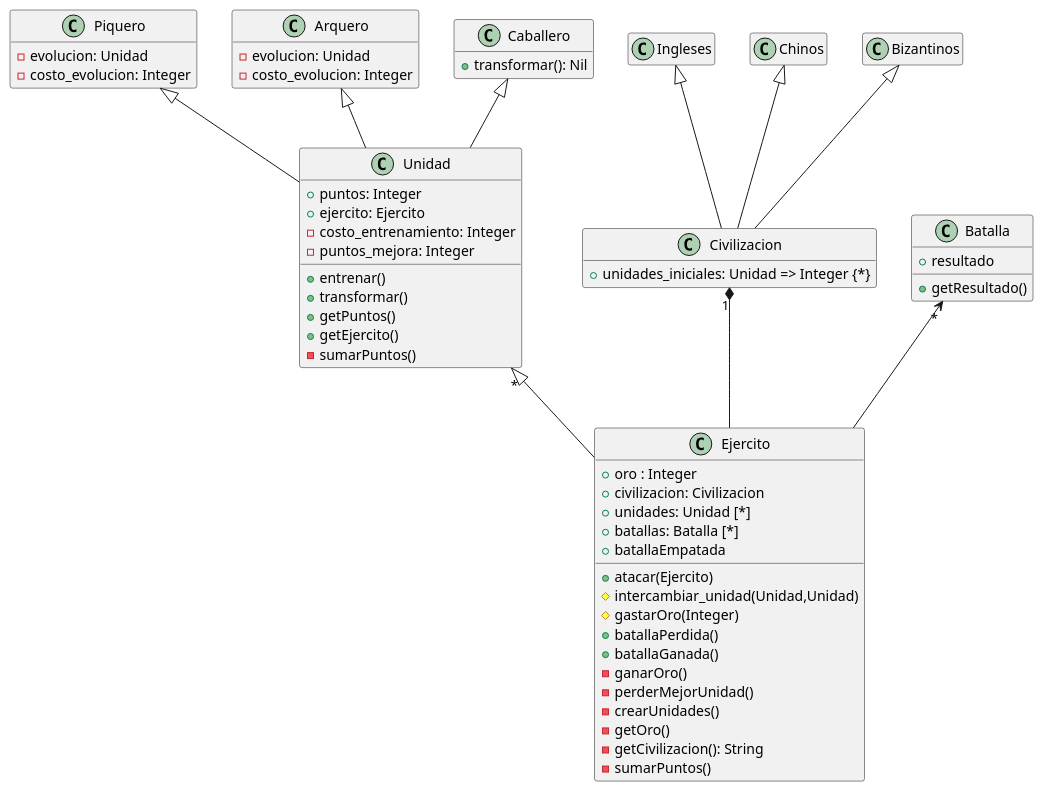
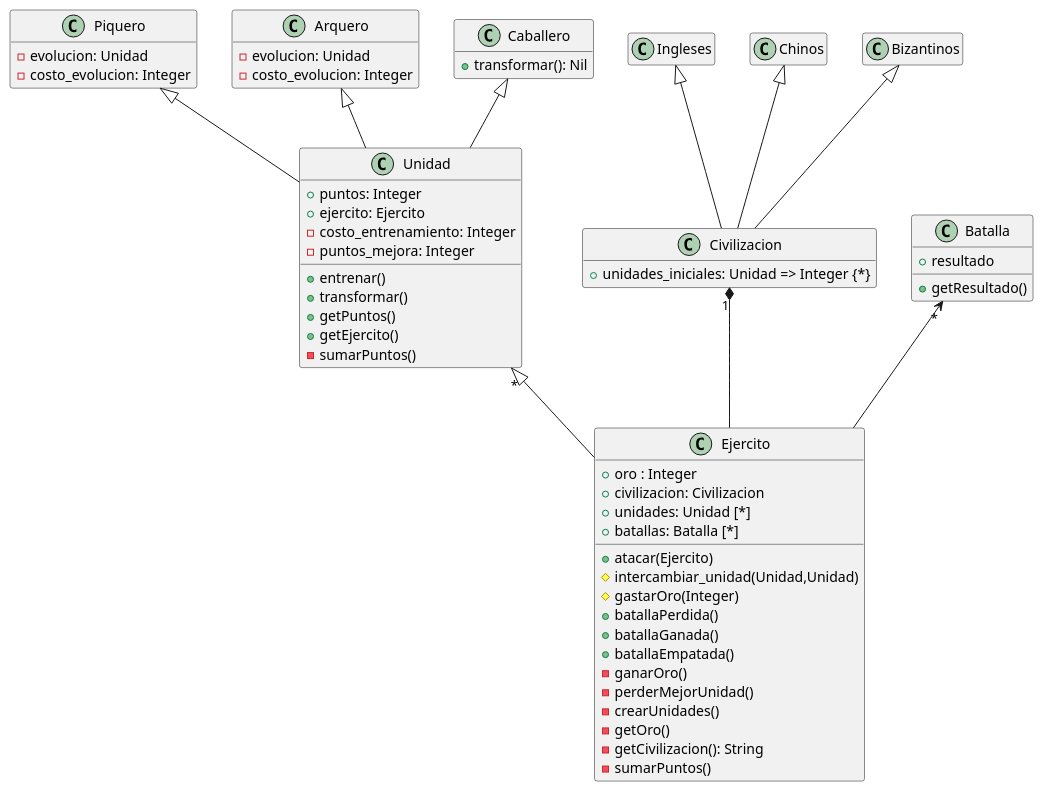
Before and after one commit to juanmamaffei/ejercitos: the diagram in diag/clases.md, drawn with PlantUML. The commit also changed 6 other files, not shown here.

`````diff
--- a/diag/clases.md
+++ b/diag/clases.md
@@ -2,72 +2,72 @@
 ````plantuml
   @startuml
     class Ejercito {
       + oro : Integer
       + civilizacion: Civilizacion
       + unidades: Unidad [*]
       + batallas: Batalla [*]
       + atacar(Ejercito)
       # intercambiar_unidad(Unidad,Unidad)
       # gastarOro(Integer)
       + batallaPerdida()
       + batallaGanada()
-      + batallaEmpatada
+      + batallaEmpatada()
       - ganarOro()
       - perderMejorUnidad()
       - crearUnidades()
       - getOro()
       - getCivilizacion(): String
       - sumarPuntos()
     }
     class Unidad {
       + puntos: Integer
       + ejercito: Ejercito
       - costo_entrenamiento: Integer
       - puntos_mejora: Integer
       + entrenar()
       + transformar()
       + getPuntos()
       + getEjercito()
       - sumarPuntos()
     }
 
     class Civilizacion {
       + unidades_iniciales: Unidad => Integer {*}
     }
 
     class Batalla {
       + resultado
       + getResultado()
     }
 
     Unidad "*" <|-- Ejercito
     Civilizacion "1" *-- Ejercito
     Batalla "*" <-- Ejercito
 
     class Ingleses 
     class Chinos
     class Bizantinos
 
     Ingleses <|-- Civilizacion
     Chinos <|-- Civilizacion
     Bizantinos <|-- Civilizacion
 
     class Piquero {
       - evolucion: Unidad
       - costo_evolucion: Integer
     }
     class Arquero {
       - evolucion: Unidad
       - costo_evolucion: Integer
     }
     class Caballero {
       + transformar(): Nil
     }
 
     Piquero <|-- Unidad
     Arquero <|-- Unidad
     Caballero <|-- Unidad
 
     hide empty members
   @enduml
 ````
`````
